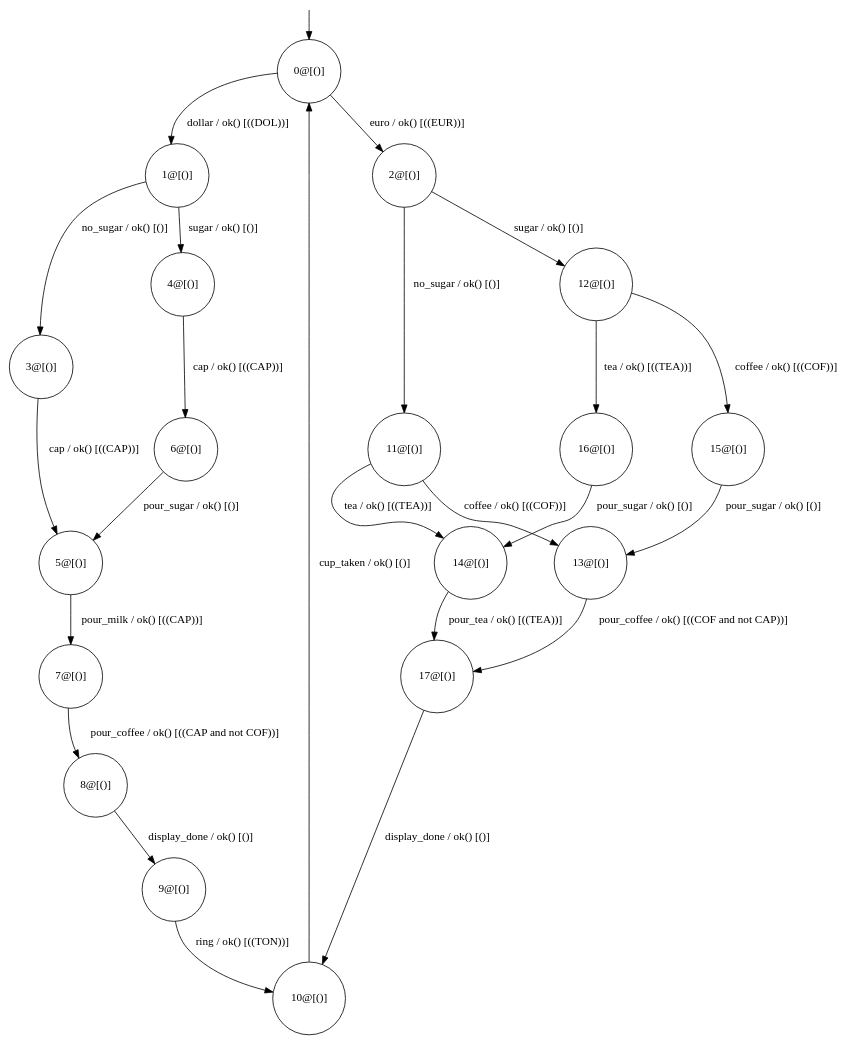
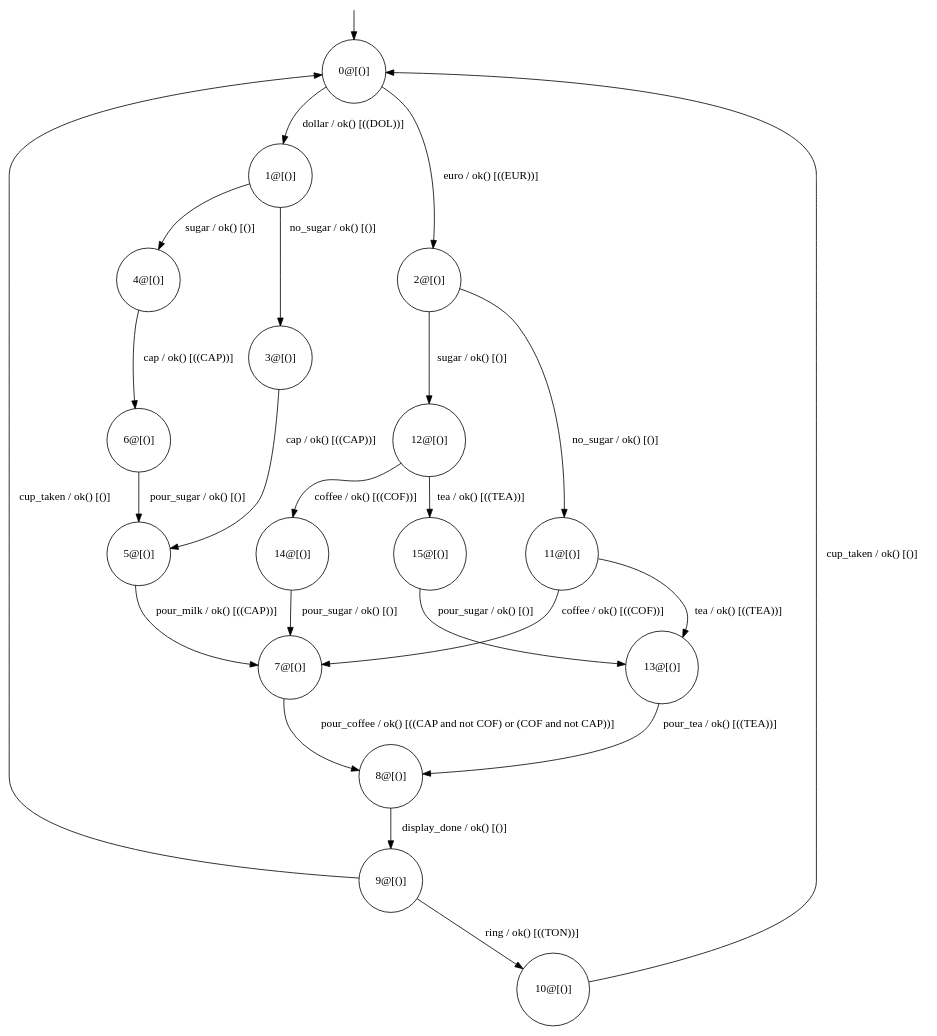
The diagram in GeneralizingFFSM/experiments/VM_SPL/FFSM_1wise_sample/ffsm_w2_metric_generalized_1_LoopsRemoved.dot (sh-t-20/GeneralizingFFSM), drawn with Graphviz before and after one commit. The commit also changed 350 other files, not shown here.

```diff
--- a/GeneralizingFFSM/experiments/VM_SPL/FFSM_1wise_sample/ffsm_w2_metric_generalized_1_LoopsRemoved.dot
+++ b/GeneralizingFFSM/experiments/VM_SPL/FFSM_1wise_sample/ffsm_w2_metric_generalized_1_LoopsRemoved.dot
@@ -1,46 +1,43 @@
 digraph g {
 	edge [lblstyle="above, sloped"];
 	s0 [shape="circle" label="0@[()]"];
 	s1 [shape="circle" label="1@[()]"];
 	s2 [shape="circle" label="2@[()]"];
 	s3 [shape="circle" label="3@[()]"];
 	s4 [shape="circle" label="4@[()]"];
 	s5 [shape="circle" label="5@[()]"];
 	s6 [shape="circle" label="6@[()]"];
 	s7 [shape="circle" label="7@[()]"];
 	s8 [shape="circle" label="8@[()]"];
 	s9 [shape="circle" label="9@[()]"];
 	s10 [shape="circle" label="10@[()]"];
 	s11 [shape="circle" label="11@[()]"];
 	s12 [shape="circle" label="12@[()]"];
 	s13 [shape="circle" label="13@[()]"];
 	s14 [shape="circle" label="14@[()]"];
 	s15 [shape="circle" label="15@[()]"];
-	s16 [shape="circle" label="16@[()]"];
-	s17 [shape="circle" label="17@[()]"];
 	s0 -> s1 [label="dollar / ok() [((DOL))]"];
 	s0 -> s2 [label="euro / ok() [((EUR))]"];
 	s1 -> s3 [label="no_sugar / ok() [()]"];
 	s1 -> s4 [label="sugar / ok() [()]"];
 	s2 -> s11 [label="no_sugar / ok() [()]"];
 	s2 -> s12 [label="sugar / ok() [()]"];
 	s3 -> s5 [label="cap / ok() [((CAP))]"];
 	s4 -> s6 [label="cap / ok() [((CAP))]"];
 	s5 -> s7 [label="pour_milk / ok() [((CAP))]"];
 	s6 -> s5 [label="pour_sugar / ok() [()]"];
-	s7 -> s8 [label="pour_coffee / ok() [((CAP and not COF))]"];
+	s7 -> s8 [label="pour_coffee / ok() [((CAP and not COF) or (COF and not CAP))]"];
 	s8 -> s9 [label="display_done / ok() [()]"];
+	s9 -> s0 [label="cup_taken / ok() [()]"];
 	s9 -> s10 [label="ring / ok() [((TON))]"];
 	s10 -> s0 [label="cup_taken / ok() [()]"];
-	s11 -> s13 [label="coffee / ok() [((COF))]"];
-	s11 -> s14 [label="tea / ok() [((TEA))]"];
-	s12 -> s15 [label="coffee / ok() [((COF))]"];
-	s12 -> s16 [label="tea / ok() [((TEA))]"];
-	s13 -> s17 [label="pour_coffee / ok() [((COF and not CAP))]"];
-	s14 -> s17 [label="pour_tea / ok() [((TEA))]"];
+	s11 -> s7 [label="coffee / ok() [((COF))]"];
+	s11 -> s13 [label="tea / ok() [((TEA))]"];
+	s12 -> s14 [label="coffee / ok() [((COF))]"];
+	s12 -> s15 [label="tea / ok() [((TEA))]"];
+	s13 -> s8 [label="pour_tea / ok() [((TEA))]"];
+	s14 -> s7 [label="pour_sugar / ok() [()]"];
 	s15 -> s13 [label="pour_sugar / ok() [()]"];
-	s16 -> s14 [label="pour_sugar / ok() [()]"];
-	s17 -> s10 [label="display_done / ok() [()]"];
 	__start0 [label="" shape="none" width="0" height="0"];
 	__start0 -> s0;
 }
```
